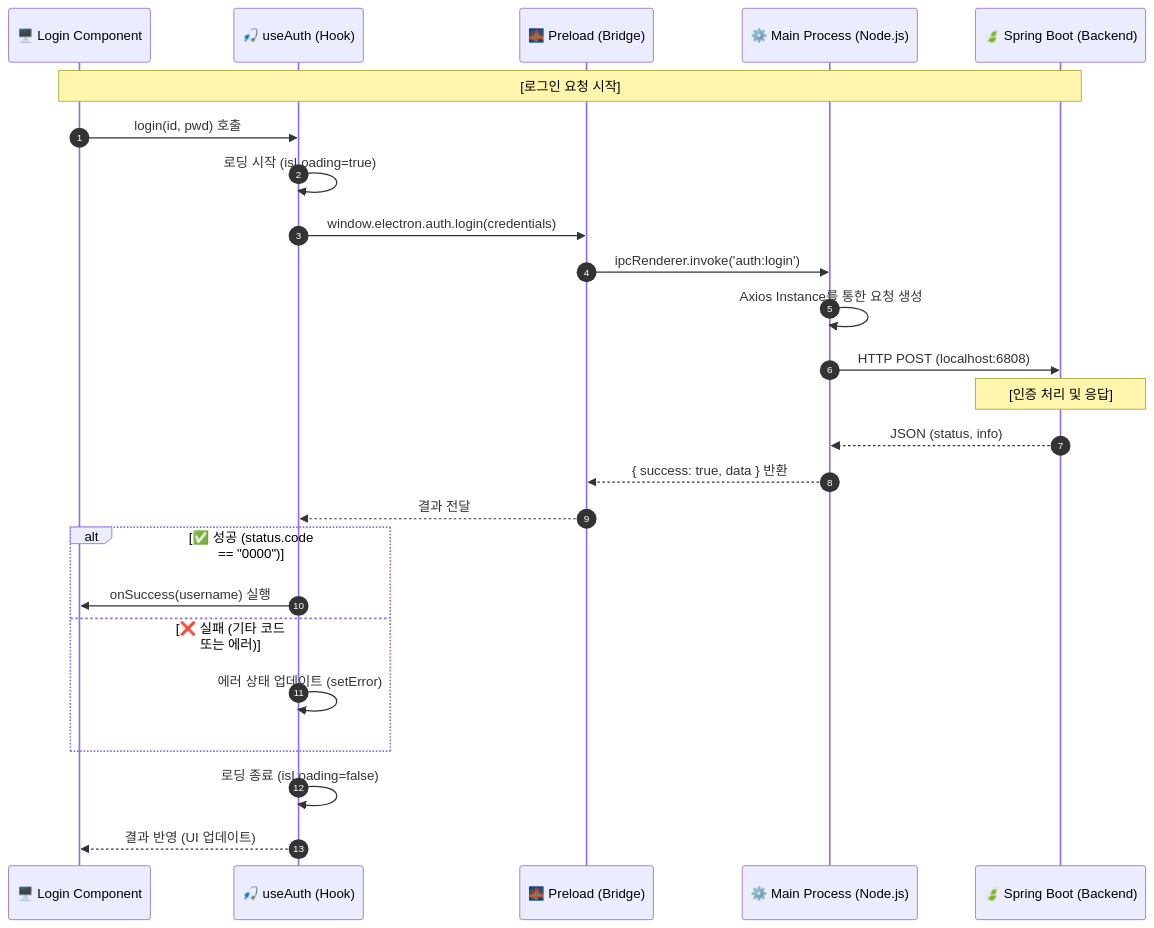
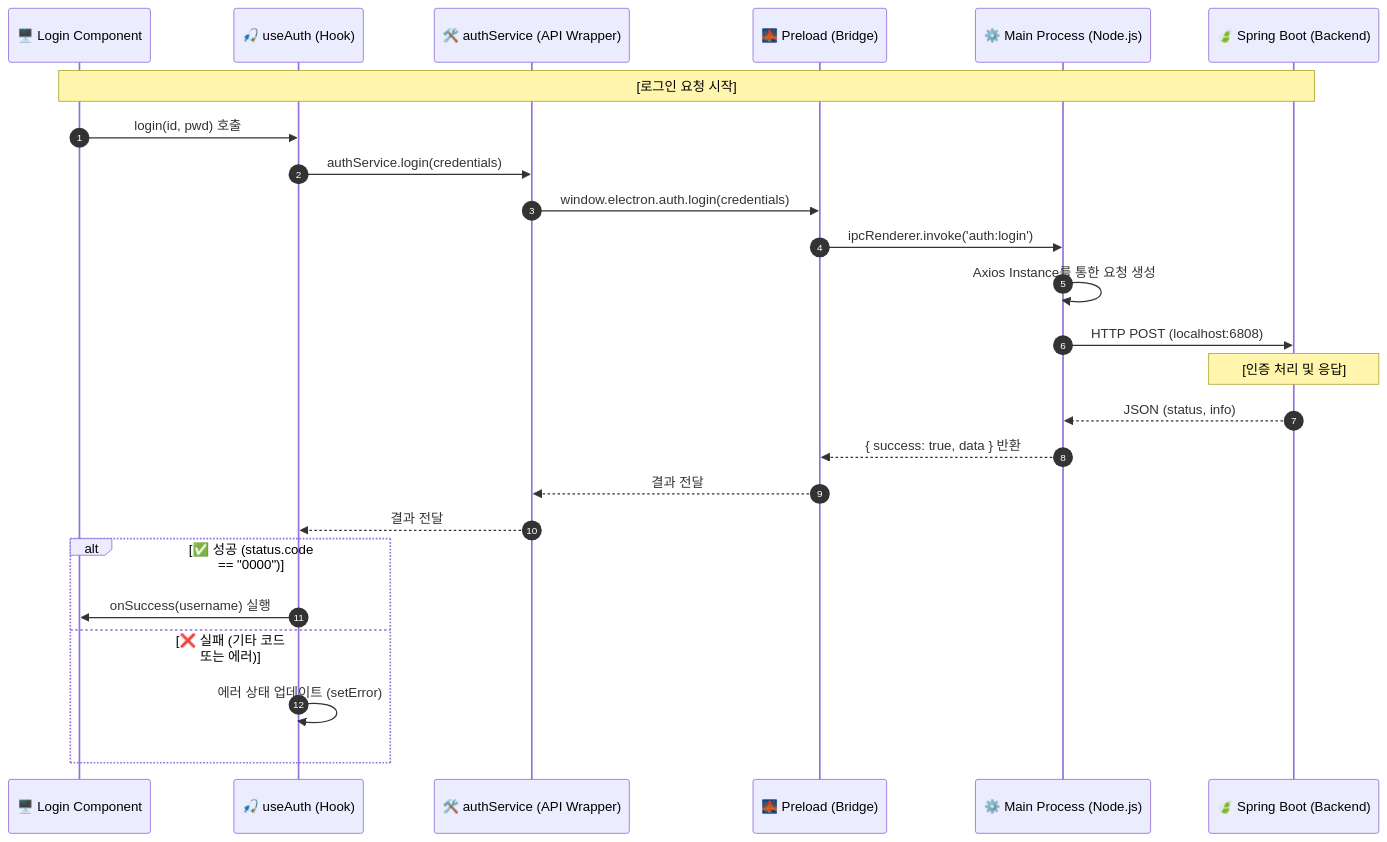
Before and after one commit to blueclover22/study_electron: the second of 2 diagrams in README.md, drawn with Mermaid. The commit also changed other lines of this file, not shown here.

````diff
--- a/README.md
+++ b/README.md
@@ -76,33 +140,32 @@
 ```mermaid
 sequenceDiagram
     autonumber
     participant UI as 🖥️ Login Component
     participant Hook as 🎣 useAuth (Hook)
+    participant SVC as 🛠️ authService (API Wrapper)
     participant Bridge as 🌉 Preload (Bridge)
     participant Main as ⚙️ Main Process (Node.js)
     participant API as 🍃 Spring Boot (Backend)
 
     Note over UI, API: [로그인 요청 시작]
     UI ->> Hook: login(id, pwd) 호출
-    Hook ->> Hook: 로딩 시작 (isLoading=true)
+    Hook ->> SVC: authService.login(credentials)
     
-    Hook ->> Bridge: window.electron.auth.login(credentials)
+    SVC ->> Bridge: window.electron.auth.login(credentials)
     Bridge ->> Main: ipcRenderer.invoke('auth:login')
     
     Main ->> Main: Axios Instance를 통한 요청 생성
     Main ->> API: HTTP POST (localhost:6808)
 
     Note over API: [인증 처리 및 응답]
     API -->> Main: JSON (status, info)
     Main -->> Bridge: { success: true, data } 반환
-    Bridge -->> Hook: 결과 전달
+    Bridge -->> SVC: 결과 전달
+    SVC -->> Hook: 결과 전달
 
     alt ✅ 성공 (status.code == "0000")
         Hook ->> UI: onSuccess(username) 실행
     else ❌ 실패 (기타 코드 또는 에러)
         Hook ->> Hook: 에러 상태 업데이트 (setError)
     end
-
-    Hook ->> Hook: 로딩 종료 (isLoading=false)
-    Hook -->> UI: 결과 반영 (UI 업데이트)
 ```
````
